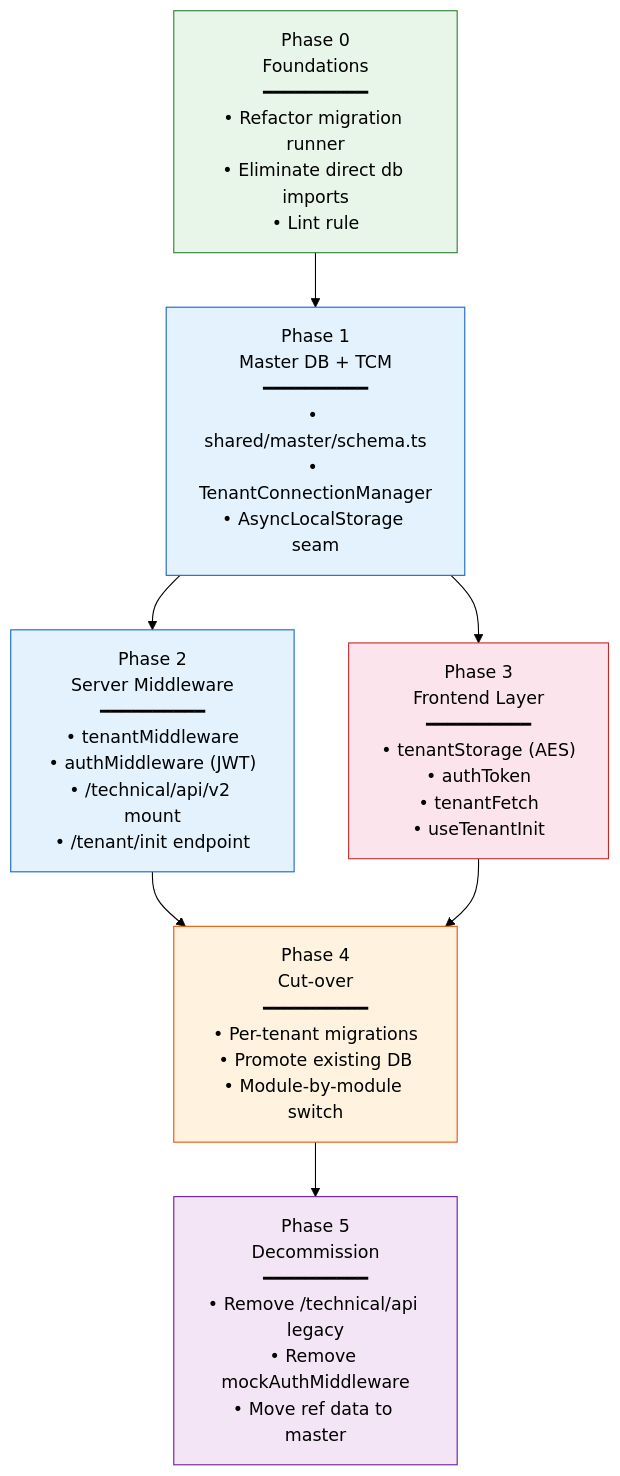
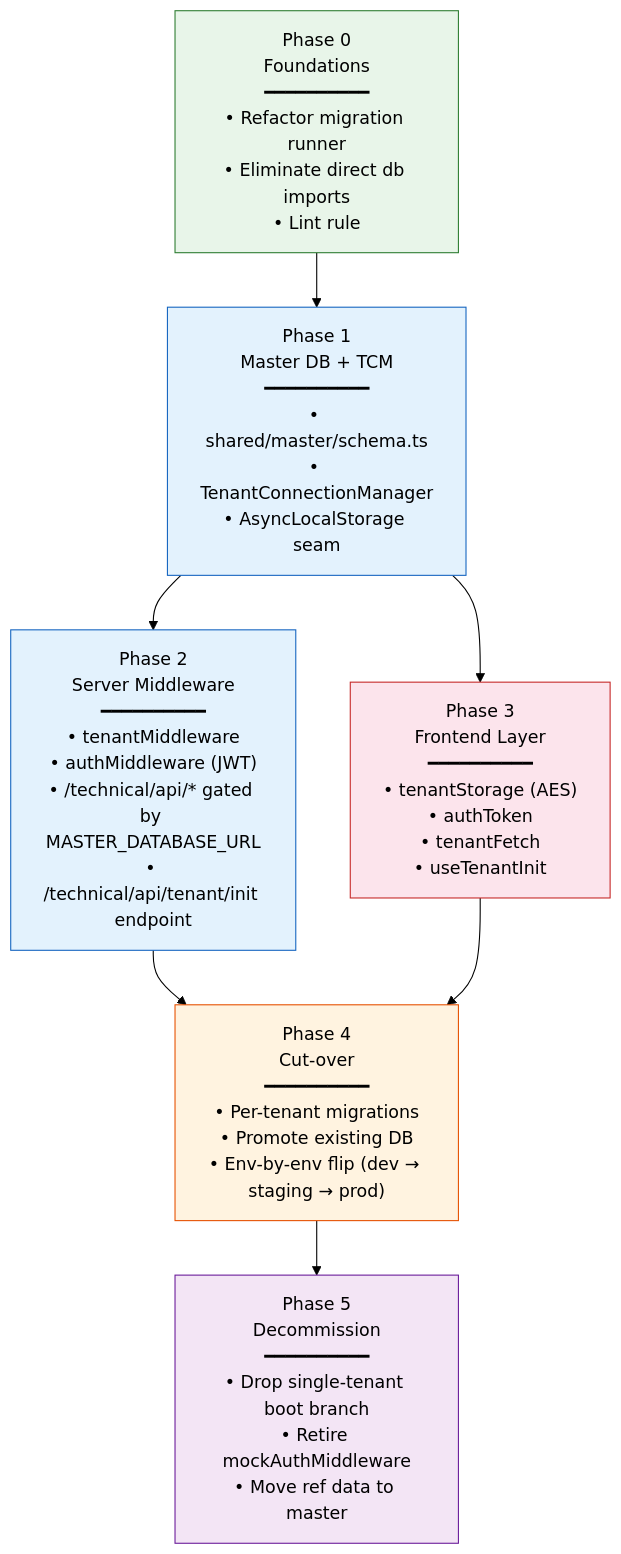
Before and after one commit to safe-lanes/TechnicalMoudle: the second of 5 diagrams in docs/multi-tenant/README.md, drawn with Mermaid (forest theme). The commit also changed other lines of this file and 5 other files, not shown here.

First line of the commit message:
Update multi-tenant documentation to reflect API path changes

````diff
--- a/docs/multi-tenant/README.md
+++ b/docs/multi-tenant/README.md
@@ -73,23 +73,23 @@
 ```mermaid
 flowchart TB
     P0["Phase 0<br/>Foundations<br/>━━━━━━━━━━<br/>• Refactor migration runner<br/>• Eliminate direct db imports<br/>• Lint rule"]
     P1["Phase 1<br/>Master DB + TCM<br/>━━━━━━━━━━<br/>• shared/master/schema.ts<br/>• TenantConnectionManager<br/>• AsyncLocalStorage seam"]
-    P2["Phase 2<br/>Server Middleware<br/>━━━━━━━━━━<br/>• tenantMiddleware<br/>• authMiddleware (JWT)<br/>• /technical/api/v2 mount<br/>• /tenant/init endpoint"]
+    P2["Phase 2<br/>Server Middleware<br/>━━━━━━━━━━<br/>• tenantMiddleware<br/>• authMiddleware (JWT)<br/>• /technical/api/* gated by MASTER_DATABASE_URL<br/>• /technical/api/tenant/init endpoint"]
     P3["Phase 3<br/>Frontend Layer<br/>━━━━━━━━━━<br/>• tenantStorage (AES)<br/>• authToken<br/>• tenantFetch<br/>• useTenantInit"]
-    P4["Phase 4<br/>Cut-over<br/>━━━━━━━━━━<br/>• Per-tenant migrations<br/>• Promote existing DB<br/>• Module-by-module switch"]
-    P5["Phase 5<br/>Decommission<br/>━━━━━━━━━━<br/>• Remove /technical/api legacy<br/>• Remove mockAuthMiddleware<br/>• Move ref data to master"]
+    P4["Phase 4<br/>Cut-over<br/>━━━━━━━━━━<br/>• Per-tenant migrations<br/>• Promote existing DB<br/>• Env-by-env flip (dev → staging → prod)"]
+    P5["Phase 5<br/>Decommission<br/>━━━━━━━━━━<br/>• Drop single-tenant boot branch<br/>• Retire mockAuthMiddleware<br/>• Move ref data to master"]
 
     P0 --> P1
     P1 --> P2
     P1 --> P3
     P2 --> P4
     P3 --> P4
     P4 --> P5
 
     style P0 fill:#e8f5e9,stroke:#2e7d32
     style P1 fill:#e3f2fd,stroke:#1565c0
     style P2 fill:#e3f2fd,stroke:#1565c0
     style P3 fill:#fce4ec,stroke:#c62828
     style P4 fill:#fff3e0,stroke:#e65100
     style P5 fill:#f3e5f5,stroke:#6a1b9a
 ```
````
